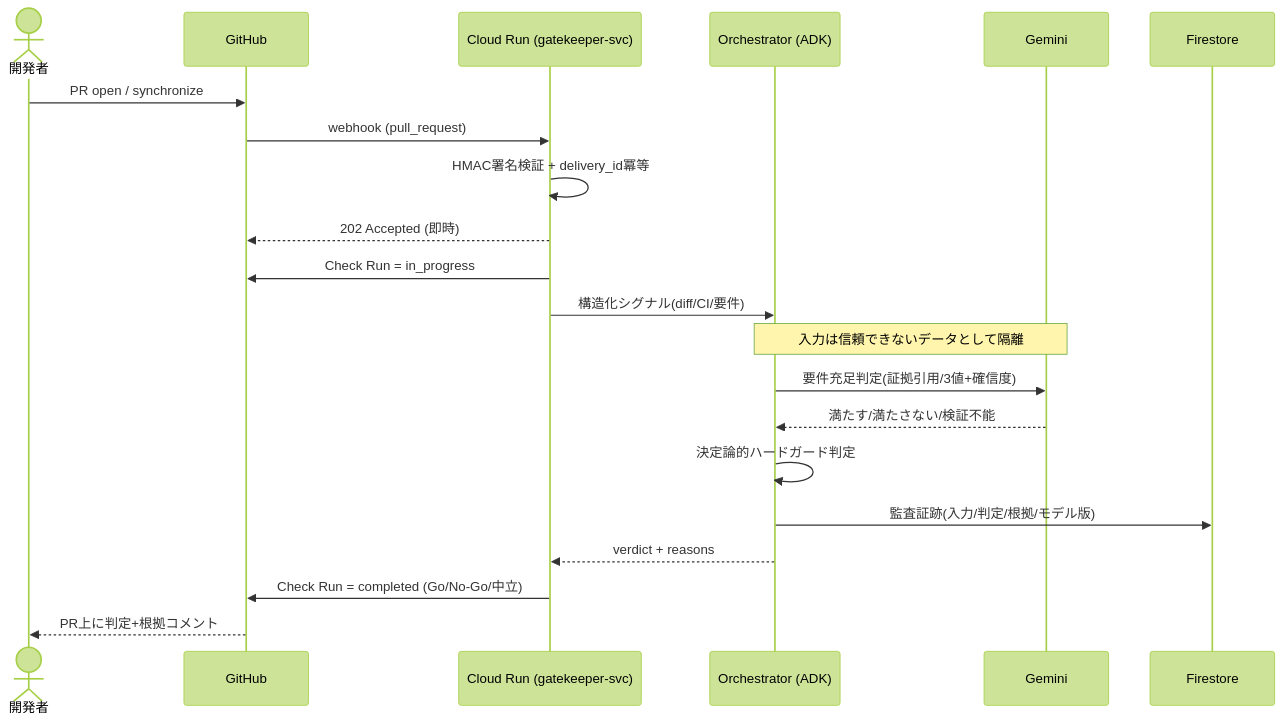
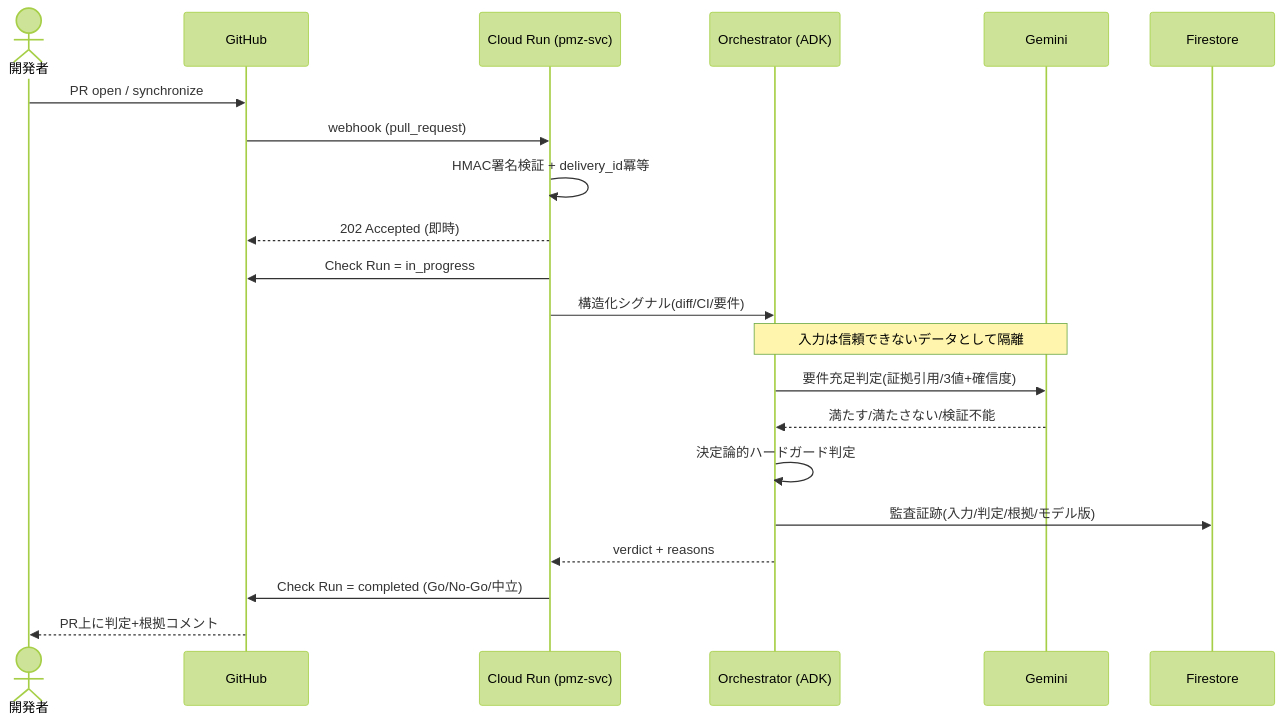
Before and after one commit to godhuu0505/pmz: the second of 2 diagrams in docs/w1-technical-design.md, drawn with Mermaid (forest theme). The commit also changed other lines of this file and 11 other files, not shown here.

````diff
--- a/docs/w1-technical-design.md
+++ b/docs/w1-technical-design.md
@@ -100,24 +100,24 @@
 ```mermaid
 sequenceDiagram
   actor Dev as 開発者
   participant GH as GitHub
-  participant SVC as Cloud Run (gatekeeper-svc)
+  participant SVC as Cloud Run (pmz-svc)
   participant ADK as Orchestrator (ADK)
   participant GEM as Gemini
   participant FS as Firestore
 
   Dev->>GH: PR open / synchronize
   GH->>SVC: webhook (pull_request)
   SVC->>SVC: HMAC署名検証 + delivery_id冪等
   SVC-->>GH: 202 Accepted (即時)
   SVC->>GH: Check Run = in_progress
   SVC->>ADK: 構造化シグナル(diff/CI/要件)
   Note over ADK,GEM: 入力は信頼できないデータとして隔離
   ADK->>GEM: 要件充足判定(証拠引用/3値+確信度)
   GEM-->>ADK: 満たす/満たさない/検証不能
   ADK->>ADK: 決定論的ハードガード判定
   ADK->>FS: 監査証跡(入力/判定/根拠/モデル版)
   ADK-->>SVC: verdict + reasons
   SVC->>GH: Check Run = completed (Go/No-Go/中立)
   GH-->>Dev: PR上に判定+根拠コメント
 ```
````
